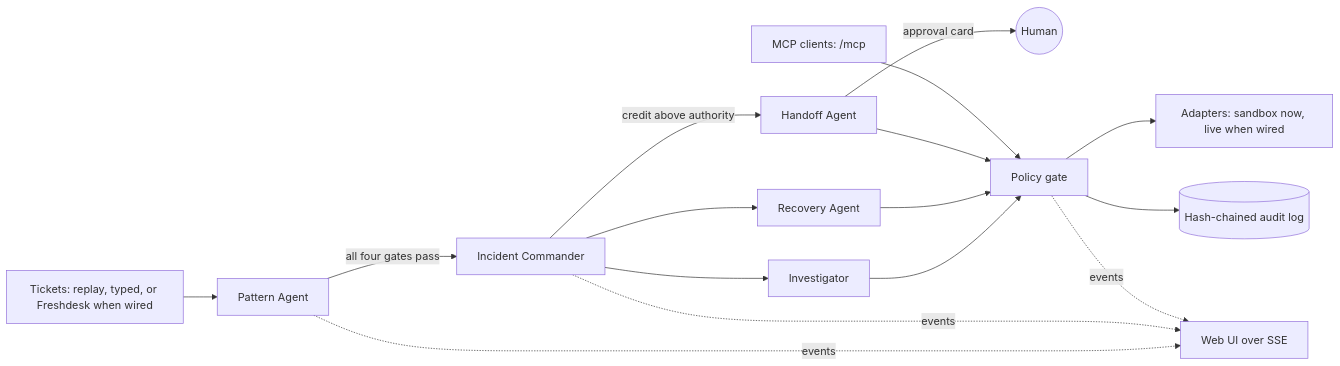
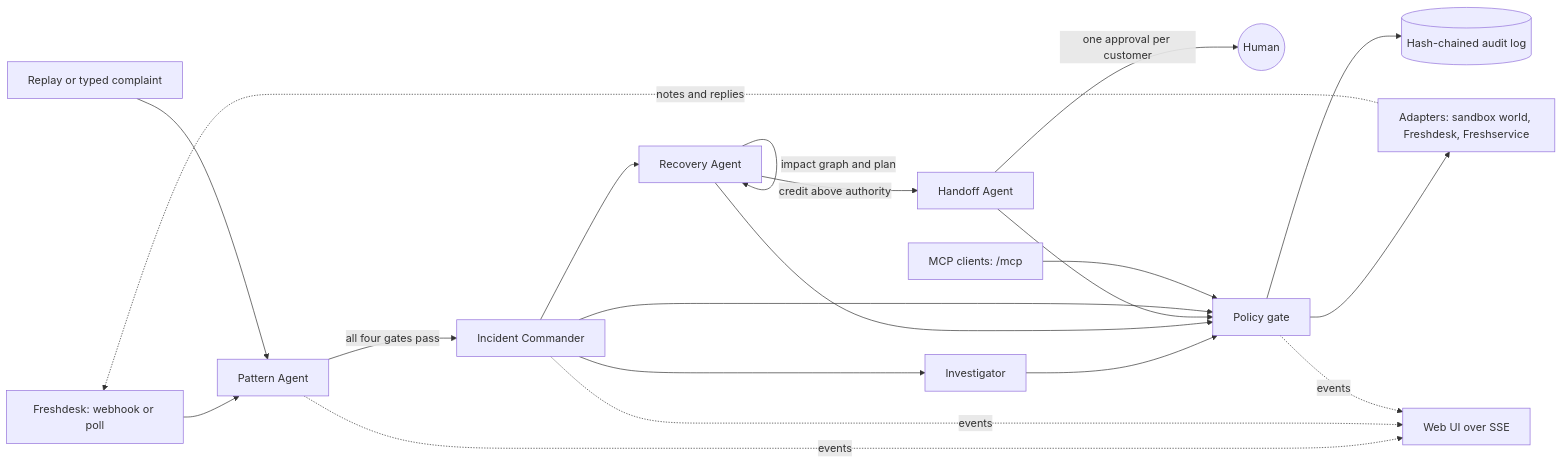
One commit to Sachin0496/crisiscrew changed the diagram in README.md. Above: the diagram before and after it, drawn with Mermaid. The commit also changed other lines of this file and 18 other files, not shown here.

````diff
--- a/README.md
+++ b/README.md
@@ -121,14 +263,17 @@
 ```mermaid
 flowchart LR
-  T[Tickets: replay, typed, or Freshdesk when wired] --> PA[Pattern Agent]
+  FD[Freshdesk: webhook or poll] --> PA[Pattern Agent]
+  RP[Replay or typed complaint] --> PA
   PA -- all four gates pass --> IC[Incident Commander]
   IC --> INV[Investigator]
   IC --> REC[Recovery Agent]
-  IC -- credit above authority --> HO[Handoff Agent]
-  HO -- approval card --> H((Human))
-  INV & REC & HO --> G[Policy gate]
+  REC -- impact graph and plan --> REC
+  REC -- credit above authority --> HO[Handoff Agent]
+  HO -- one approval per customer --> H((Human))
+  INV & REC & HO & IC --> G[Policy gate]
   MCP[MCP clients: /mcp] --> G
-  G --> A[Adapters: sandbox now, live when wired]
+  G --> A[Adapters: sandbox world, Freshdesk, Freshservice]
   G --> L[(Hash-chained audit log)]
   PA & IC & G -. events .-> UI[Web UI over SSE]
+  A -. notes and replies .-> FD
 ```
````
